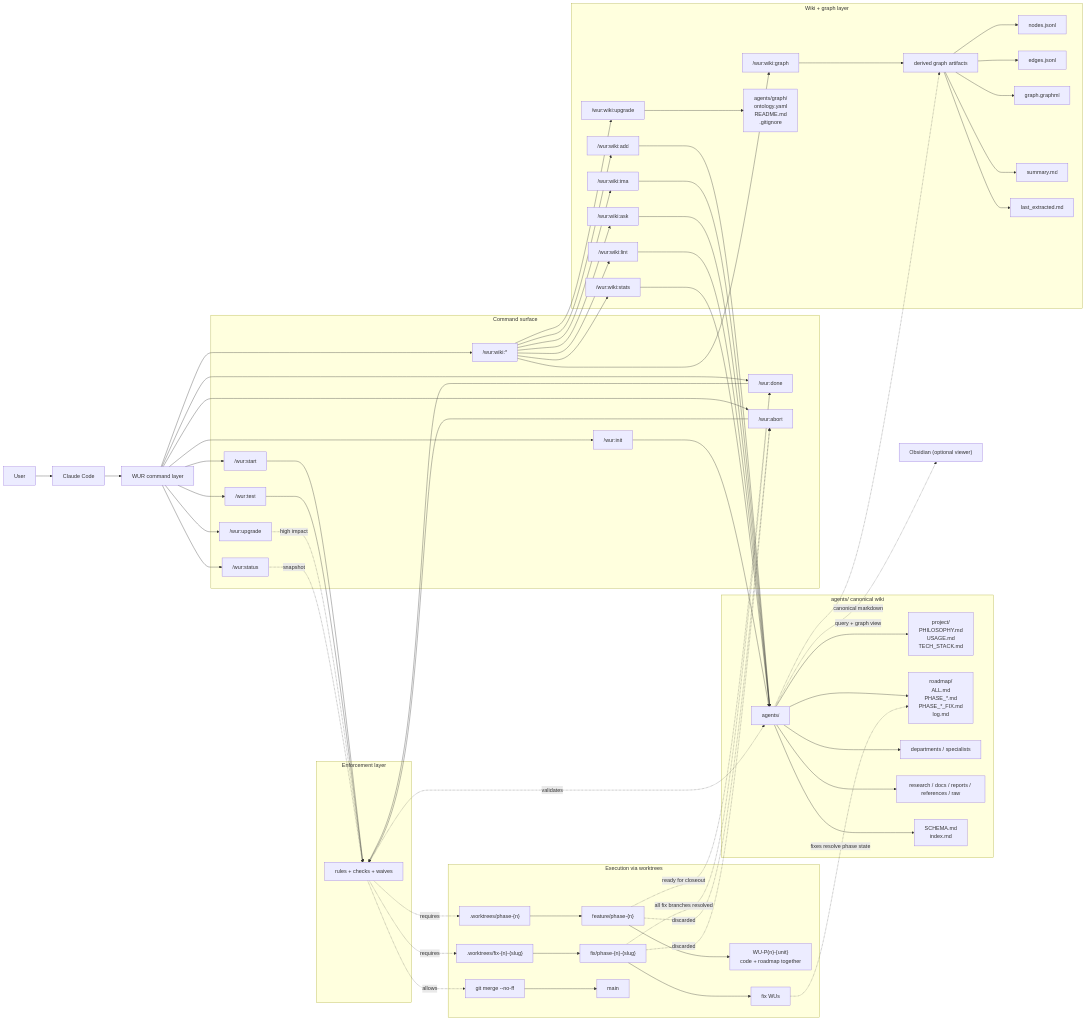
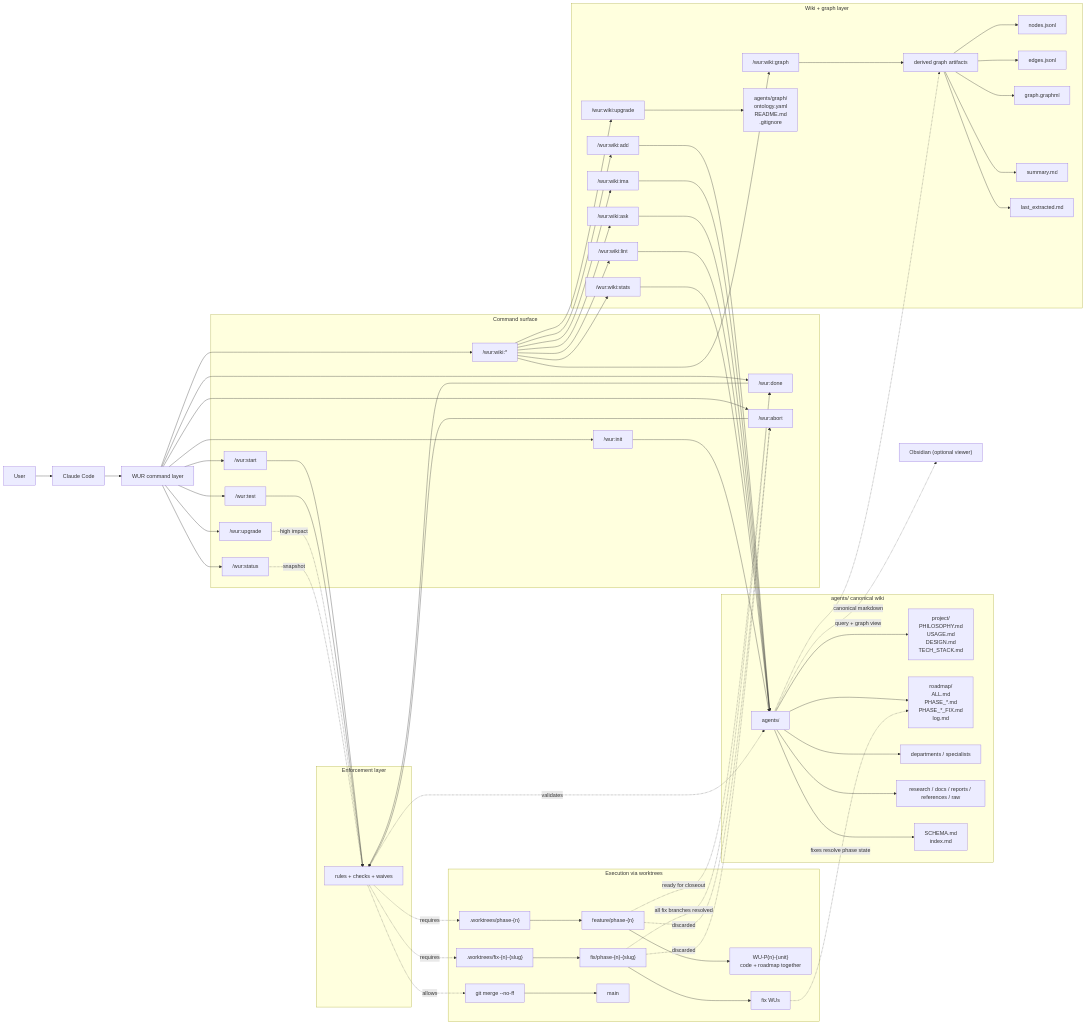
Before and after one commit to truong170201/work-unit-roadmap: the diagram in README.md, drawn with Mermaid. The commit also changed other lines of this file and 8 other files, not shown here.

```diff
--- a/README.md
+++ b/README.md
@@ -313,7 +313,7 @@
 
     subgraph AW["agents/ canonical wiki"]
         A["agents/"]
-        P["project/<br/>PHILOSOPHY.md<br/>USAGE.md<br/>TECH_STACK.md"]
+        P["project/<br/>PHILOSOPHY.md<br/>USAGE.md<br/>DESIGN.md<br/>TECH_STACK.md"]
         R["roadmap/<br/>ALL.md<br/>PHASE_*.md<br/>PHASE_*_FIX.md<br/>log.md"]
         SP["departments / specialists"]
         K["research / docs / reports / references / raw"]
```
